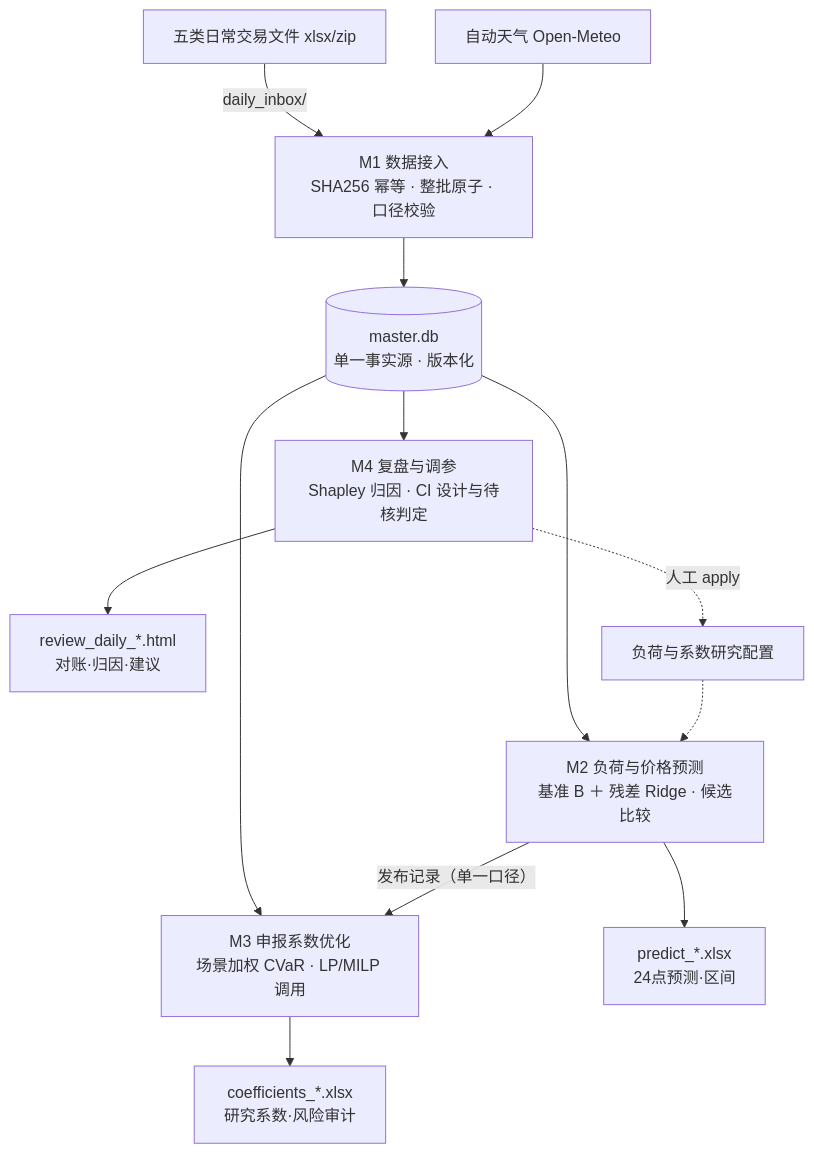
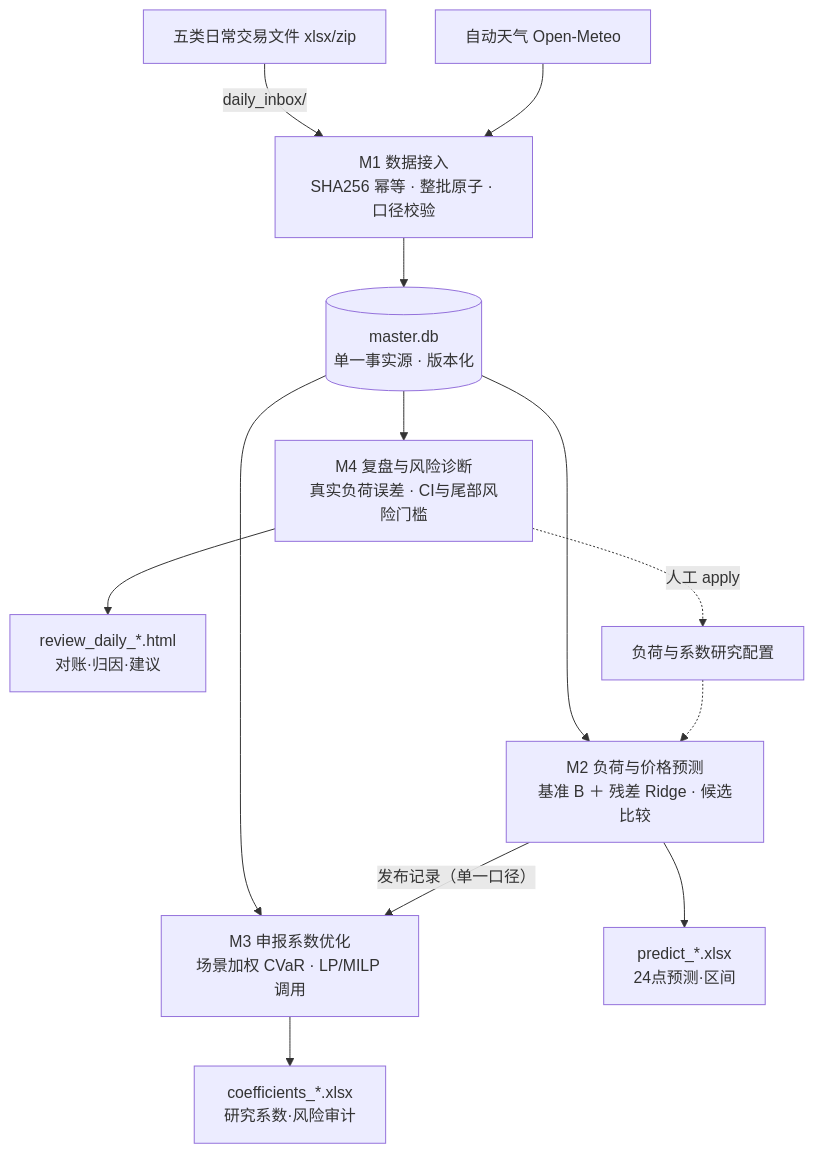
One commit to MultiplyTen/power-trading-suite changed the diagram in README.md. Above: the diagram before and after it, drawn with Mermaid. The commit also changed other lines of this file and 50 other files, not shown here.

````diff
--- a/README.md
+++ b/README.md
@@ -16,15 +18,15 @@
 ```mermaid
 flowchart TB
     S[五类日常交易文件 xlsx/zip] -->|daily_inbox/| M1
     W[自动天气 Open-Meteo] --> M1
     M1[M1 数据接入<br/>SHA256 幂等 · 整批原子 · 口径校验] --> DB[("master.db<br/>单一事实源 · 版本化")]
     DB --> M2[M2 负荷与价格预测<br/>基准 B ＋ 残差 Ridge · 候选比较]
     DB --> M3[M3 申报系数优化<br/>场景加权 CVaR · LP/MILP 调用]
-    DB --> M4[M4 复盘与调参<br/>Shapley 归因 · CI 设计与待核判定]
+    DB --> M4[M4 复盘与风险诊断<br/>真实负荷误差 · CI与尾部风险门槛]
     M2 -->|发布记录（单一口径）| M3
     M2 --> R2[predict_*.xlsx<br/>24点预测·区间]
     M3 --> R1[coefficients_*.xlsx<br/>研究系数·风险审计]
     M4 --> R3[review_daily_*.html<br/>对账·归因·建议]
     M4 -.->|人工 apply| CFG[负荷与系数研究配置]
     CFG -.-> M2
 ```
````
